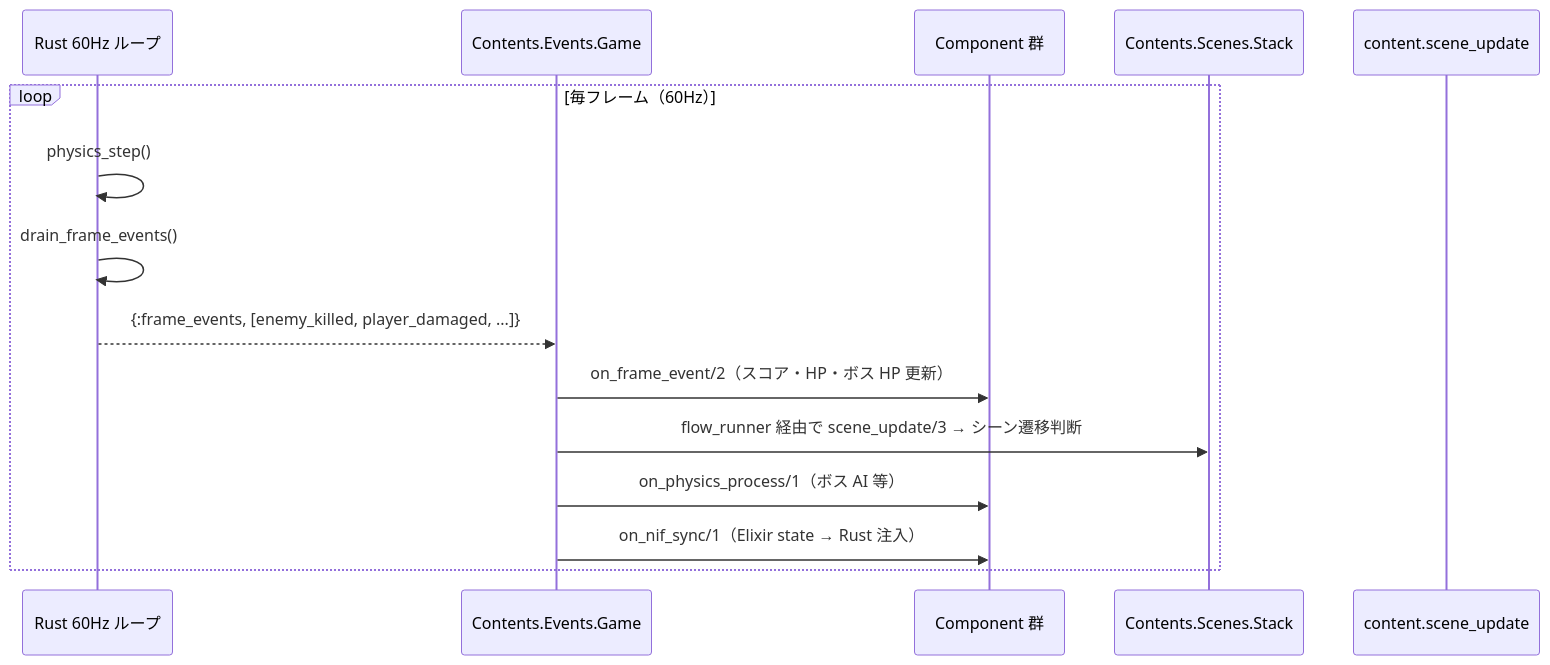
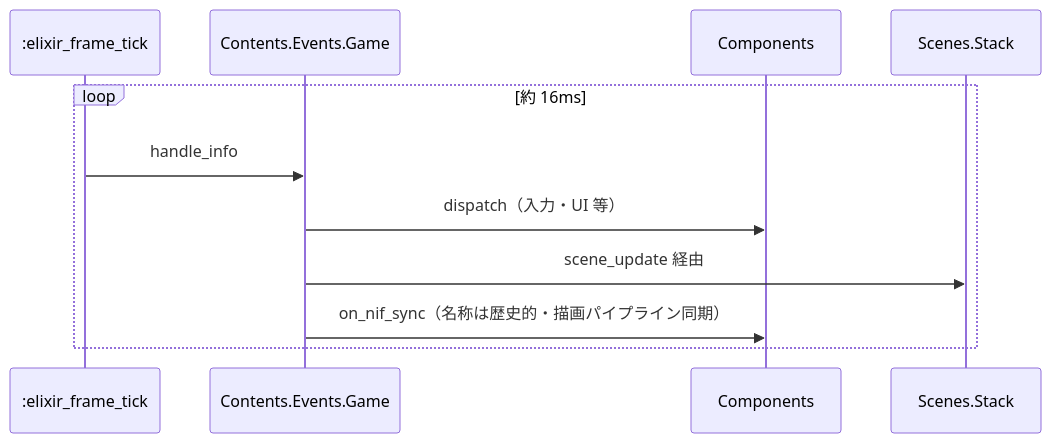
One commit to FRICK-ELDY/alchemy-engine changed the fourth of 9 diagrams in docs/architecture/overview.md. Above: the diagram before and after it, drawn with Mermaid. The commit also changed other lines of this file and 11 other files, not shown here.

Commit message:
docs(architecture): 現行構成（Formula NIF・Elixir tick・3 コンテンツ）に合わせて更新

````diff
--- a/docs/architecture/overview.md
+++ b/docs/architecture/overview.md
@@ -261,18 +161,14 @@
 ```mermaid
 sequenceDiagram
-    participant R as Rust 60Hz ループ
+    participant T as :elixir_frame_tick
     participant GE as Contents.Events.Game
-    participant COMP as Component 群
-    participant SS as Contents.Scenes.Stack
-    participant S as content.scene_update
+    participant COMP as Components
+    participant SS as Scenes.Stack
 
-    loop 毎フレーム（60Hz）
-        R->>R: physics_step()
-        R->>R: drain_frame_events()
-        R-->>GE: {:frame_events, [enemy_killed, player_damaged, ...]}
-        GE->>COMP: on_frame_event/2（スコア・HP・ボス HP 更新）
-        GE->>SS: flow_runner 経由で scene_update/3 → シーン遷移判断
-        GE->>COMP: on_physics_process/1（ボス AI 等）
-        GE->>COMP: on_nif_sync/1（Elixir state → Rust 注入）
+    loop 約 16ms
+        T->>GE: handle_info
+        GE->>COMP: dispatch（入力・UI 等）
+        GE->>SS: scene_update 経由
+        GE->>COMP: on_nif_sync（名称は歴史的・描画パイプライン同期）
     end
 ```
````
